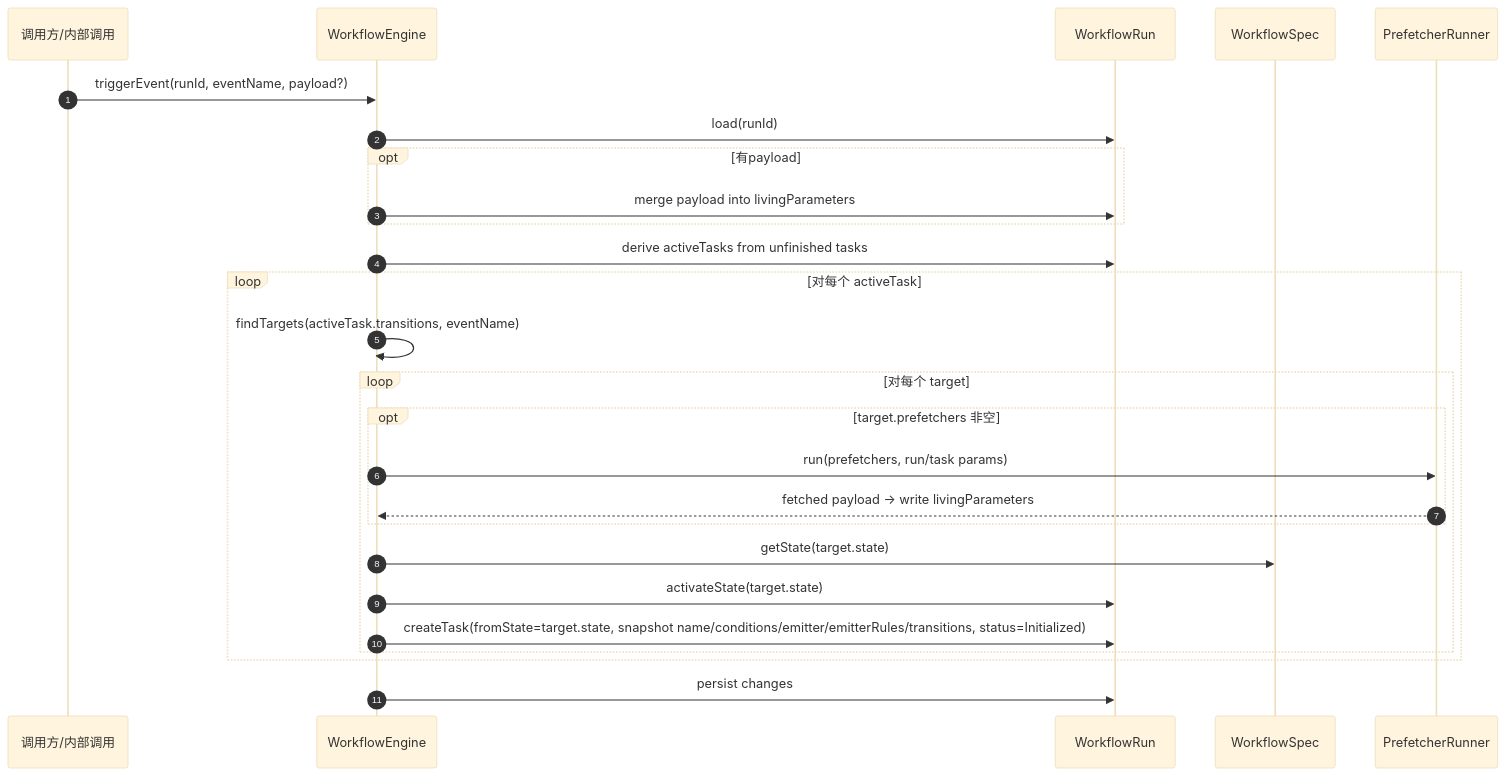
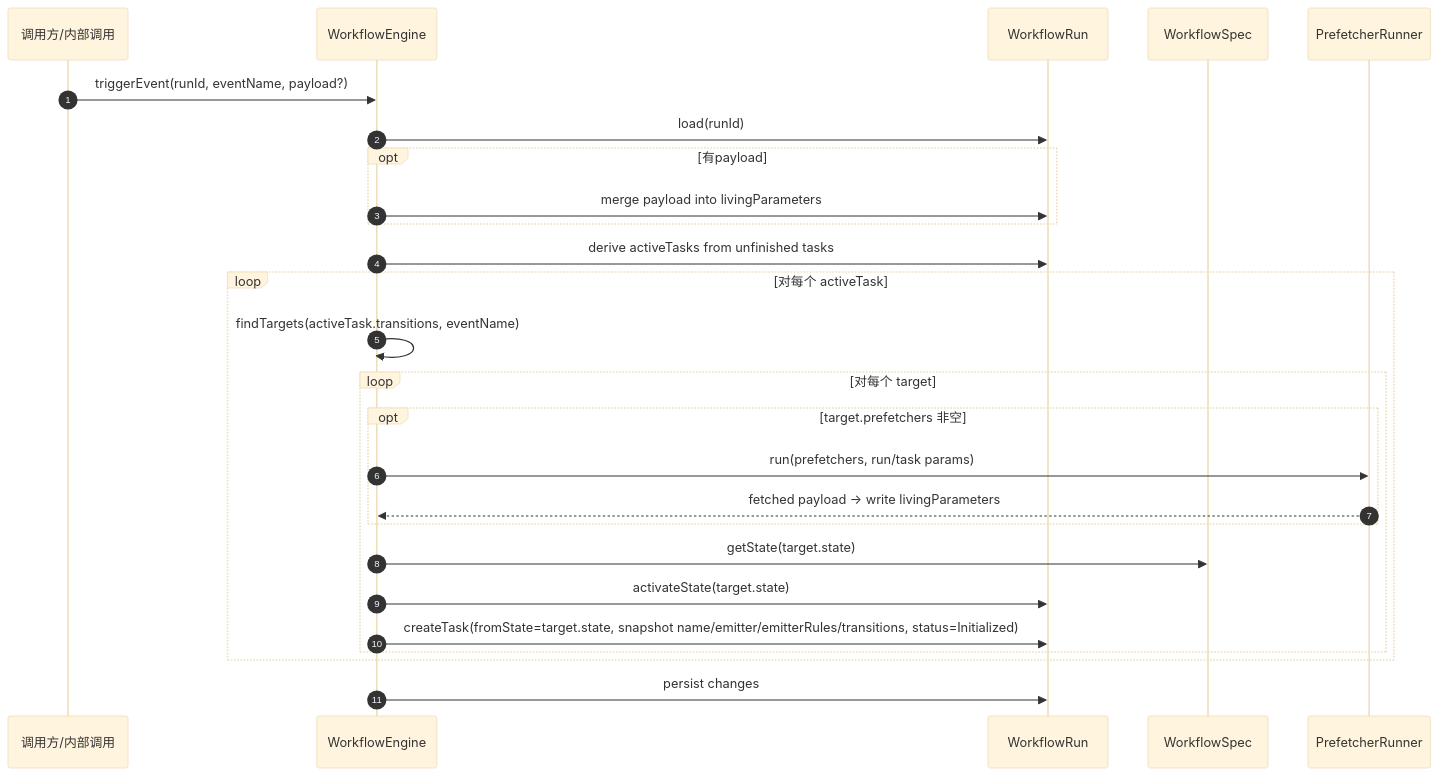
Before and after one commit to lchrennew/es-workflow: the fifth of 8 diagrams in docs/design/20-runtime-domain.md, drawn with Mermaid (base theme). The commit also changed other lines of this file and 14 other files, not shown here.

````diff
--- a/docs/design/20-runtime-domain.md
+++ b/docs/design/20-runtime-domain.md
@@ -402,30 +394,30 @@
 ```mermaid
 sequenceDiagram
 autonumber
 participant Caller as 调用方/内部调用
 participant Engine as WorkflowEngine
 participant Run as WorkflowRun
 participant Spec as WorkflowSpec
 participant Pref as PrefetcherRunner
 
 Caller->>Engine: triggerEvent(runId, eventName, payload?)
 Engine->>Run: load(runId)
 opt 有payload
   Engine->>Run: merge payload into livingParameters
 end
 
 Engine->>Run: derive activeTasks from unfinished tasks
 loop 对每个 activeTask
   Engine->>Engine: findTargets(activeTask.transitions, eventName)
   loop 对每个 target
     opt target.prefetchers 非空
       Engine->>Pref: run(prefetchers, run/task params)
       Pref-->>Engine: fetched payload -> write livingParameters
     end
     Engine->>Spec: getState(target.state)
     Engine->>Run: activateState(target.state)
-    Engine->>Run: createTask(fromState=target.state, snapshot name/conditions/emitter/emitterRules/transitions, status=Initialized)
+    Engine->>Run: createTask(fromState=target.state, snapshot name/emitter/emitterRules/transitions, status=Initialized)
   end
 end
 Engine->>Run: persist changes
 ```
````
